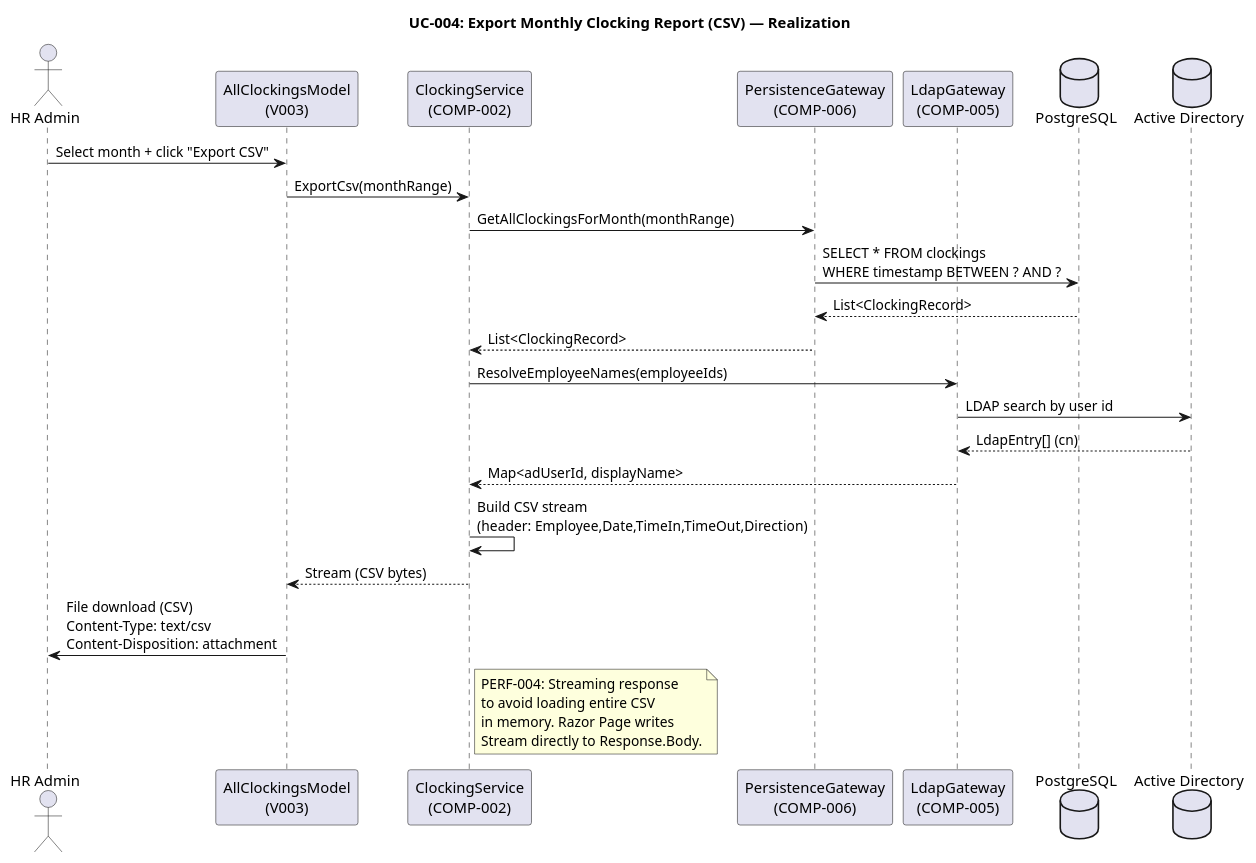
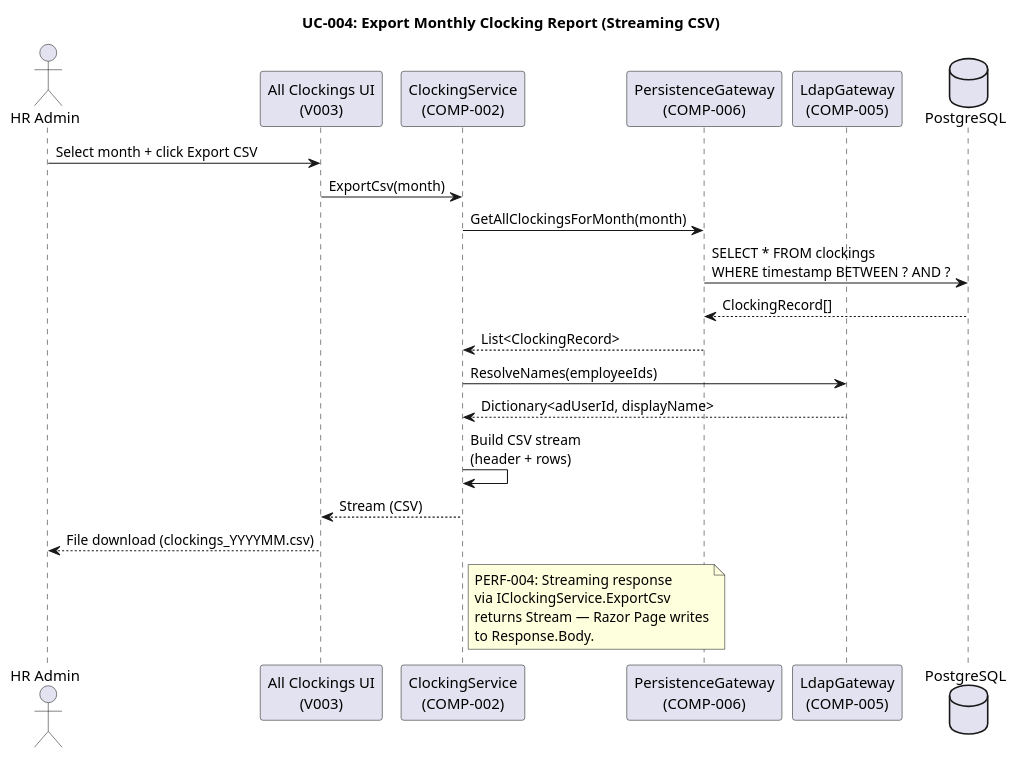
Before and after one commit to banense-test/portal-cuba-corp: the fifth of 28 diagrams in docs/artifacts/analysis---design/design-model.md, drawn with PlantUML. The commit also changed other lines of this file, not shown here.

First line of the commit message:
Designer [E2]: upsert Design Model

````diff
--- a/docs/artifacts/analysis---design/design-model.md
+++ b/docs/artifacts/analysis---design/design-model.md
@@ -388,37 +381,34 @@
 ```plantuml
 @startuml
-title UC-004: Export Monthly Clocking Report (CSV) — Realization
+title UC-004: Export Monthly Clocking Report (Streaming CSV)
 
 actor "HR Admin" as HR
-participant "AllClockingsModel\n(V003)" as UI
+participant "All Clockings UI\n(V003)" as UI
 participant "ClockingService\n(COMP-002)" as SVC
 participant "PersistenceGateway\n(COMP-006)" as DB
 participant "LdapGateway\n(COMP-005)" as LDAP
 database "PostgreSQL" as PG
-database "Active Directory" as AD
 
-HR -> UI : Select month + click "Export CSV"
-UI -> SVC : ExportCsv(monthRange)
-SVC -> DB : GetAllClockingsForMonth(monthRange)
+HR -> UI : Select month + click Export CSV
+UI -> SVC : ExportCsv(month)
+SVC -> DB : GetAllClockingsForMonth(month)
 DB -> PG : SELECT * FROM clockings\nWHERE timestamp BETWEEN ? AND ?
-PG --> DB : List<ClockingRecord>
+PG --> DB : ClockingRecord[]
 DB --> SVC : List<ClockingRecord>
 
-SVC -> LDAP : ResolveEmployeeNames(employeeIds)
-LDAP -> AD : LDAP search by user id
-AD --> LDAP : LdapEntry[] (cn)
-LDAP --> SVC : Map<adUserId, displayName>
+SVC -> LDAP : ResolveNames(employeeIds)
+LDAP --> SVC : Dictionary<adUserId, displayName>
 
-SVC -> SVC : Build CSV stream\n(header: Employee,Date,TimeIn,TimeOut,Direction)
-SVC --> UI : Stream (CSV bytes)
-UI -> HR : File download (CSV)\nContent-Type: text/csv\nContent-Disposition: attachment
+SVC -> SVC : Build CSV stream\n(header + rows)
+SVC --> UI : Stream (CSV)
+UI --> HR : File download (clockings_YYYYMM.csv)
 
 note right of SVC
   PERF-004: Streaming response
-  to avoid loading entire CSV
-  in memory. Razor Page writes
-  Stream directly to Response.Body.
+  via IClockingService.ExportCsv
+  returns Stream — Razor Page writes
+  to Response.Body.
 end note
 
 @enduml
 ```
````
